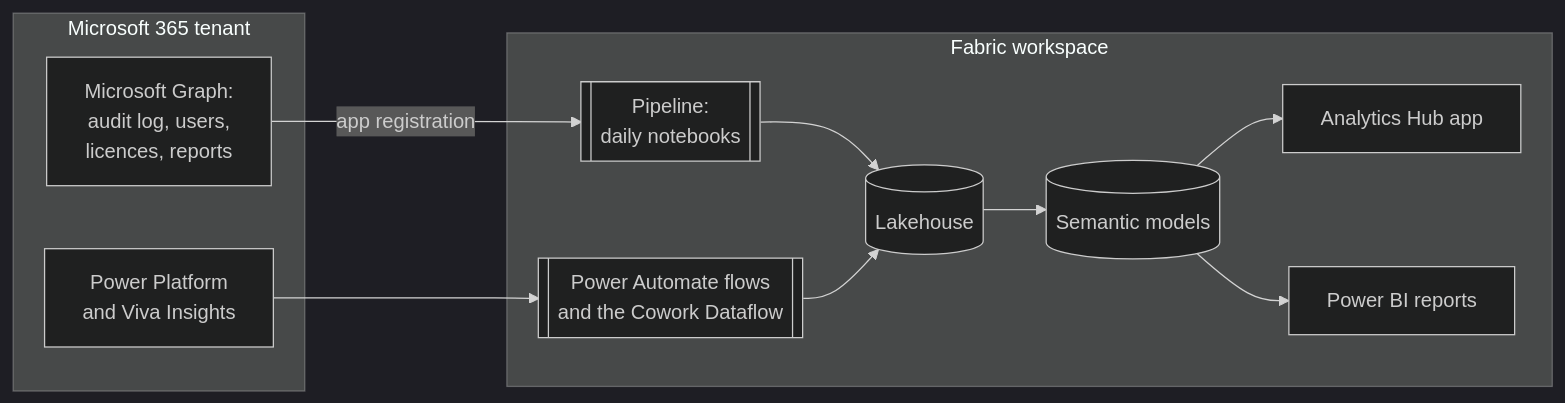
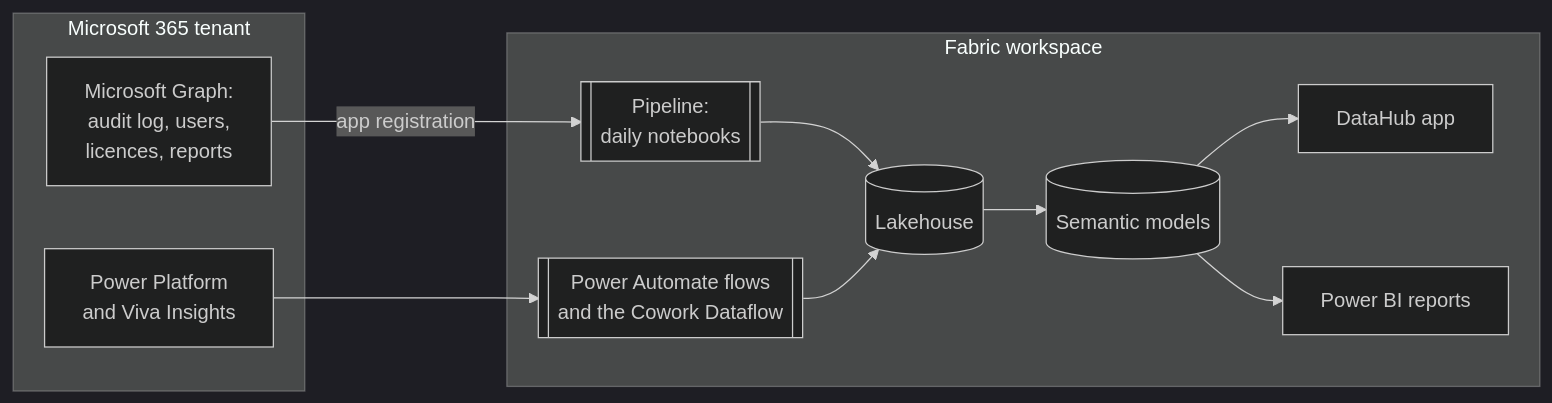
Before and after one commit to microsoft/AnalyticsHub-Dashboard: the first of 2 diagrams in docs/ARCHITECTURE.md, drawn with Mermaid (dark theme). The commit also changed other lines of this file and 146 other files, not shown here.

First line of the commit message:
Use DataHub consistently in current product text (#228)

````diff
--- a/docs/ARCHITECTURE.md
+++ b/docs/ARCHITECTURE.md
@@ -28,19 +28,19 @@
 ```mermaid
 flowchart LR
   subgraph M365["Microsoft 365 tenant"]
     G[Microsoft Graph:<br/>audit log, users,<br/>licences, reports]
     PP[Power Platform<br/>and Viva Insights]
   end
   subgraph WS["Fabric workspace"]
     P[[Pipeline:<br/>daily notebooks]]
     F[[Power Automate flows<br/>and the Cowork Dataflow]]
     L[(Lakehouse)]
     SM[(Semantic models)]
-    APP[Analytics Hub app]
+    APP[DataHub app]
     R[Power BI reports]
   end
   G -- app registration --> P --> L
   PP --> F --> L
   L --> SM --> APP
   SM --> R
 ```
````
